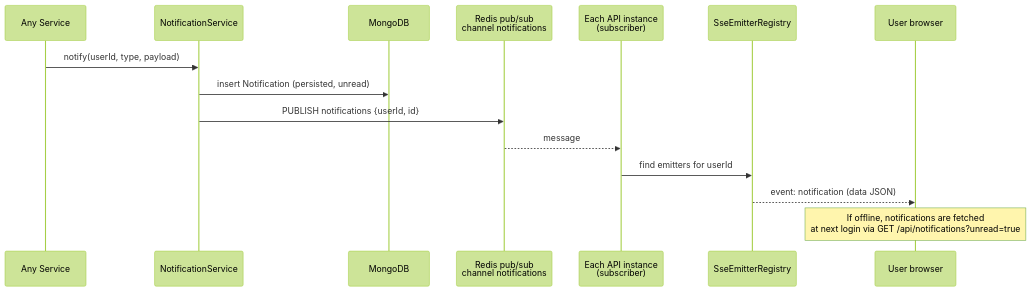
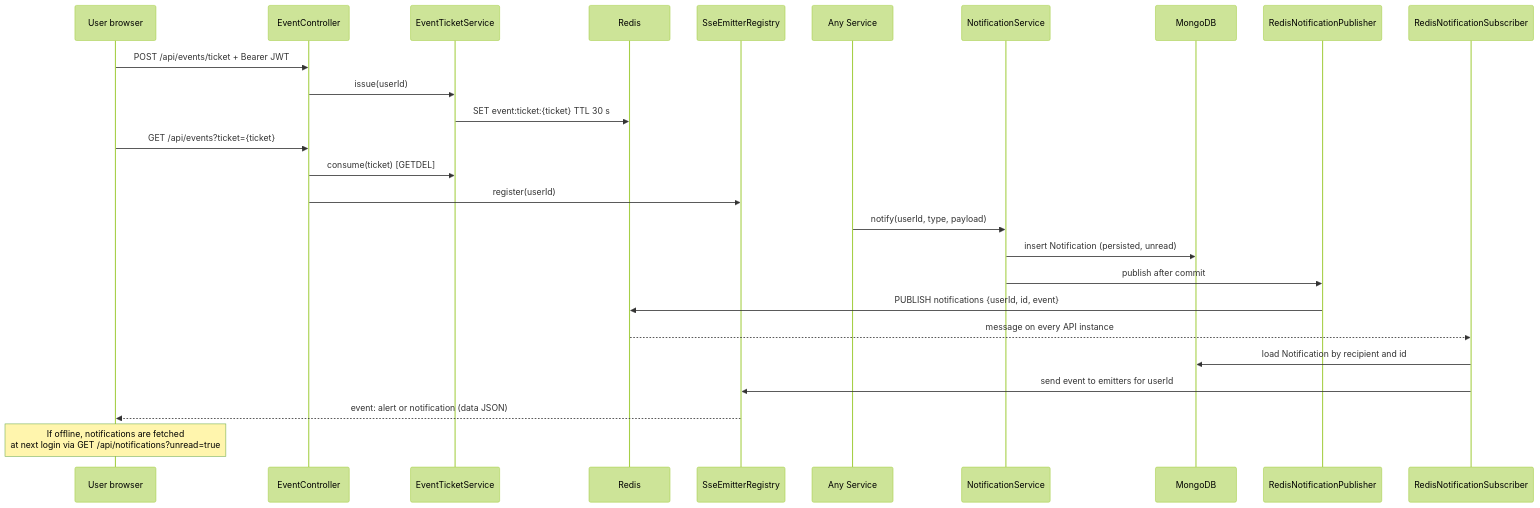
The fourth of 4 diagrams in docs/03-architecture.md (Iyed-M/olive-connect), drawn with Mermaid (forest theme) before and after one commit. The commit also changed other lines of this file and 53 other files, not shown here.

````diff
--- a/docs/03-architecture.md
+++ b/docs/03-architecture.md
@@ -211,17 +213,28 @@
 ```mermaid
 sequenceDiagram
+    participant B as User browser
+    participant EC as EventController
+    participant ET as EventTicketService
+    participant R as Redis
+    participant SSE as SseEmitterRegistry
     participant S as Any Service
     participant NS as NotificationService
     participant M as MongoDB
-    participant RP as Redis pub/sub<br/>channel notifications
-    participant API as Each API instance<br/>(subscriber)
-    participant SSE as SseEmitterRegistry
-    participant B as User browser
+    participant RP as RedisNotificationPublisher
+    participant RS as RedisNotificationSubscriber
+    B->>EC: POST /api/events/ticket + Bearer JWT
+    EC->>ET: issue(userId)
+    ET->>R: SET event:ticket:{ticket} TTL 30 s
+    B->>EC: GET /api/events?ticket={ticket}
+    EC->>ET: consume(ticket) [GETDEL]
+    EC->>SSE: register(userId)
     S->>NS: notify(userId, type, payload)
     NS->>M: insert Notification (persisted, unread)
-    NS->>RP: PUBLISH notifications {userId, id}
-    RP-->>API: message
-    API->>SSE: find emitters for userId
-    SSE-->>B: event: notification (data JSON)
+    NS->>RP: publish after commit
+    RP->>R: PUBLISH notifications {userId, id, event}
+    R-->>RS: message on every API instance
+    RS->>M: load Notification by recipient and id
+    RS->>SSE: send event to emitters for userId
+SSE-->>B: event: alert or notification (data JSON)
     Note over B: If offline, notifications are fetched<br/>at next login via GET /api/notifications?unread=true
 ```
````
